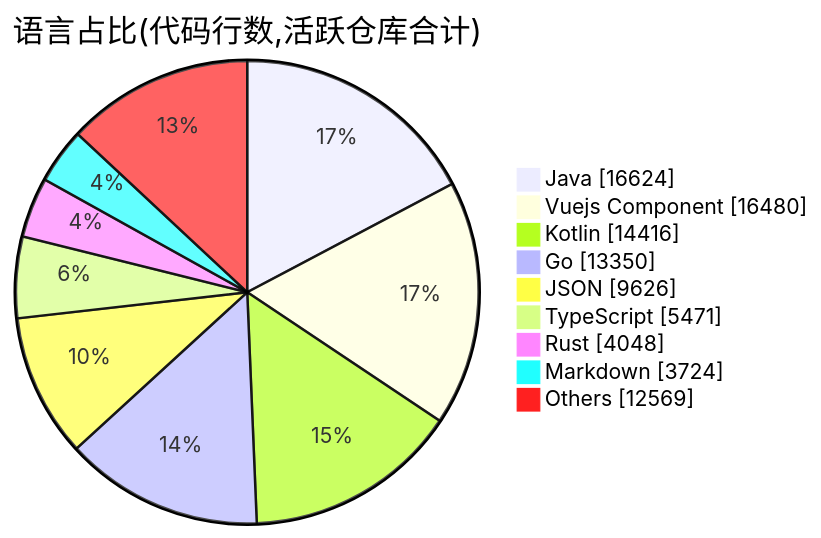
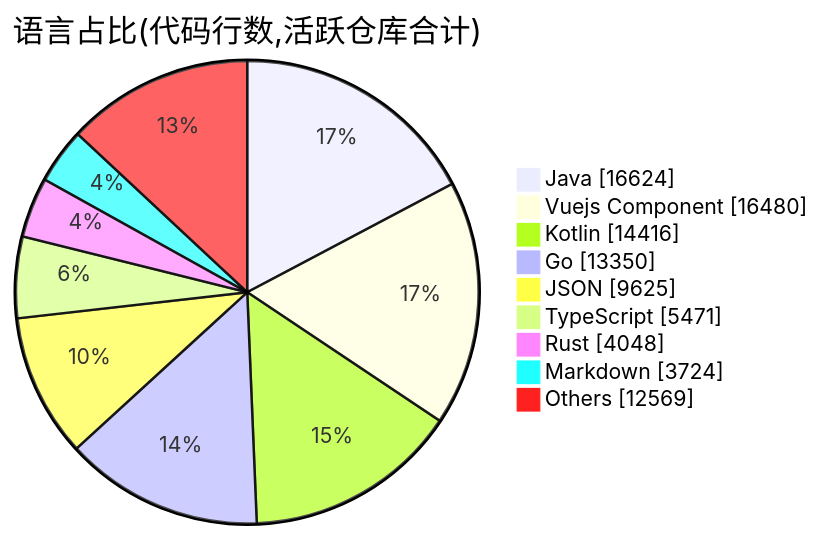
One commit to Conflux-Union/.github changed the second of 2 diagrams in profile/README.md. Above: the diagram before and after it, drawn with Mermaid. The commit also changed other lines of this file and 1 other file, not shown here.

````diff
--- a/profile/README.md
+++ b/profile/README.md
@@ -74,13 +74,13 @@
 ```mermaid
 pie showData
     title 语言占比(代码行数,活跃仓库合计)
     "Java" : 16624
     "Vuejs Component" : 16480
     "Kotlin" : 14416
     "Go" : 13350
-    "JSON" : 9626
+    "JSON" : 9625
     "TypeScript" : 5471
     "Rust" : 4048
     "Markdown" : 3724
     "Others" : 12569
 ```
````
